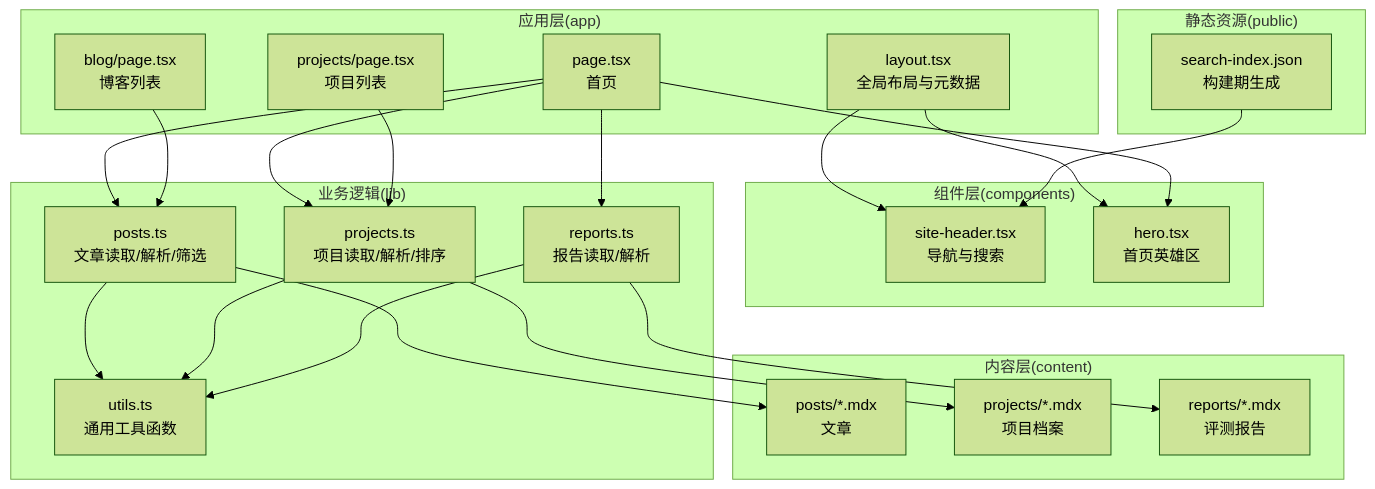
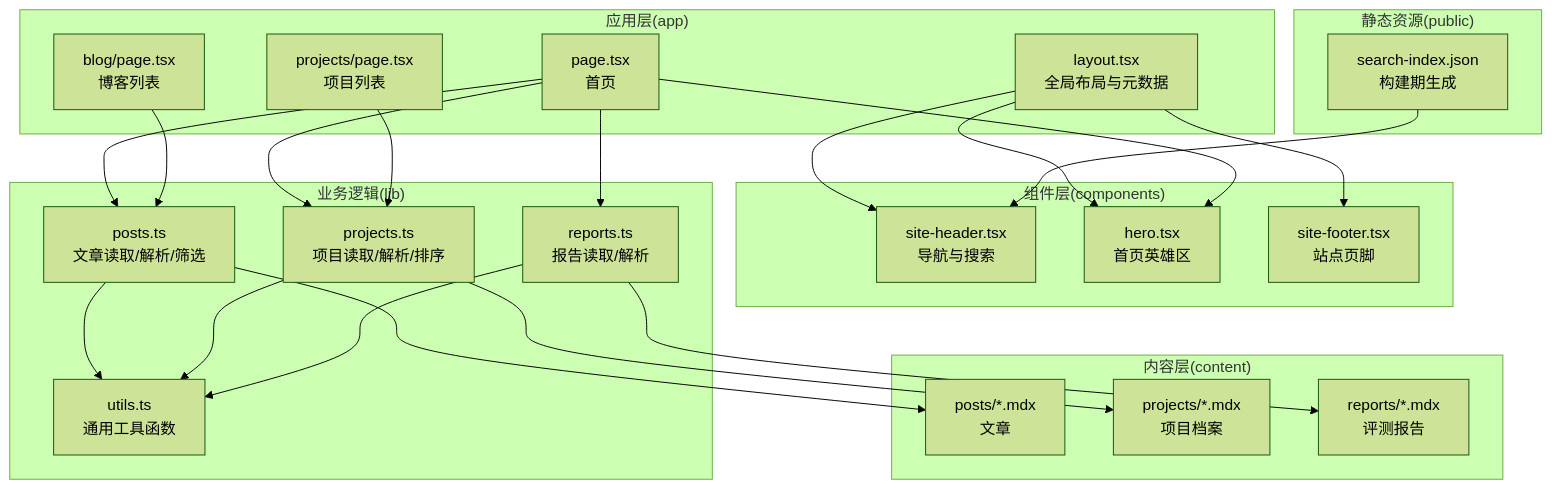
One commit to houpanpan-hpp/houpanpan-hpp.github.io changed the first of 6 diagrams in .qoder/repowiki/zh/content/项目概述/项目介绍.md. Above: the diagram before and after it, drawn with Mermaid (forest theme). The commit also changed other lines of this file and 3 other files, not shown here.

````diff
--- a/.qoder/repowiki/zh/content/项目概述/项目介绍.md
+++ b/.qoder/repowiki/zh/content/项目概述/项目介绍.md
@@ -46,42 +63,44 @@
 ```mermaid
 graph TB
 subgraph "应用层(app)"
 A["layout.tsx<br/>全局布局与元数据"]
 B["page.tsx<br/>首页"]
 C["blog/page.tsx<br/>博客列表"]
 D["projects/page.tsx<br/>项目列表"]
 end
 subgraph "组件层(components)"
 E["site-header.tsx<br/>导航与搜索"]
 F["hero.tsx<br/>首页英雄区"]
+G["site-footer.tsx<br/>站点页脚"]
 end
 subgraph "内容层(content)"
-G["posts/*.mdx<br/>文章"]
-H["projects/*.mdx<br/>项目档案"]
-I["reports/*.mdx<br/>评测报告"]
+H["posts/*.mdx<br/>文章"]
+I["projects/*.mdx<br/>项目档案"]
+J["reports/*.mdx<br/>评测报告"]
 end
 subgraph "业务逻辑(lib)"
-J["posts.ts<br/>文章读取/解析/筛选"]
-K["projects.ts<br/>项目读取/解析/排序"]
-L["reports.ts<br/>报告读取/解析"]
-M["utils.ts<br/>通用工具函数"]
+K["posts.ts<br/>文章读取/解析/筛选"]
+L["projects.ts<br/>项目读取/解析/排序"]
+M["reports.ts<br/>报告读取/解析"]
+N["utils.ts<br/>通用工具函数"]
 end
 subgraph "静态资源(public)"
-N["search-index.json<br/>构建期生成"]
+O["search-index.json<br/>构建期生成"]
 end
 A --> E
 A --> F
+A --> G
 B --> F
-B --> J
 B --> K
 B --> L
-C --> J
-D --> K
-J --> G
+B --> M
+C --> K
+D --> L
 K --> H
 L --> I
-J --> M
-K --> M
-L --> M
-N --> E
+M --> J
+K --> N
+L --> N
+M --> N
+O --> E
 ```
````
